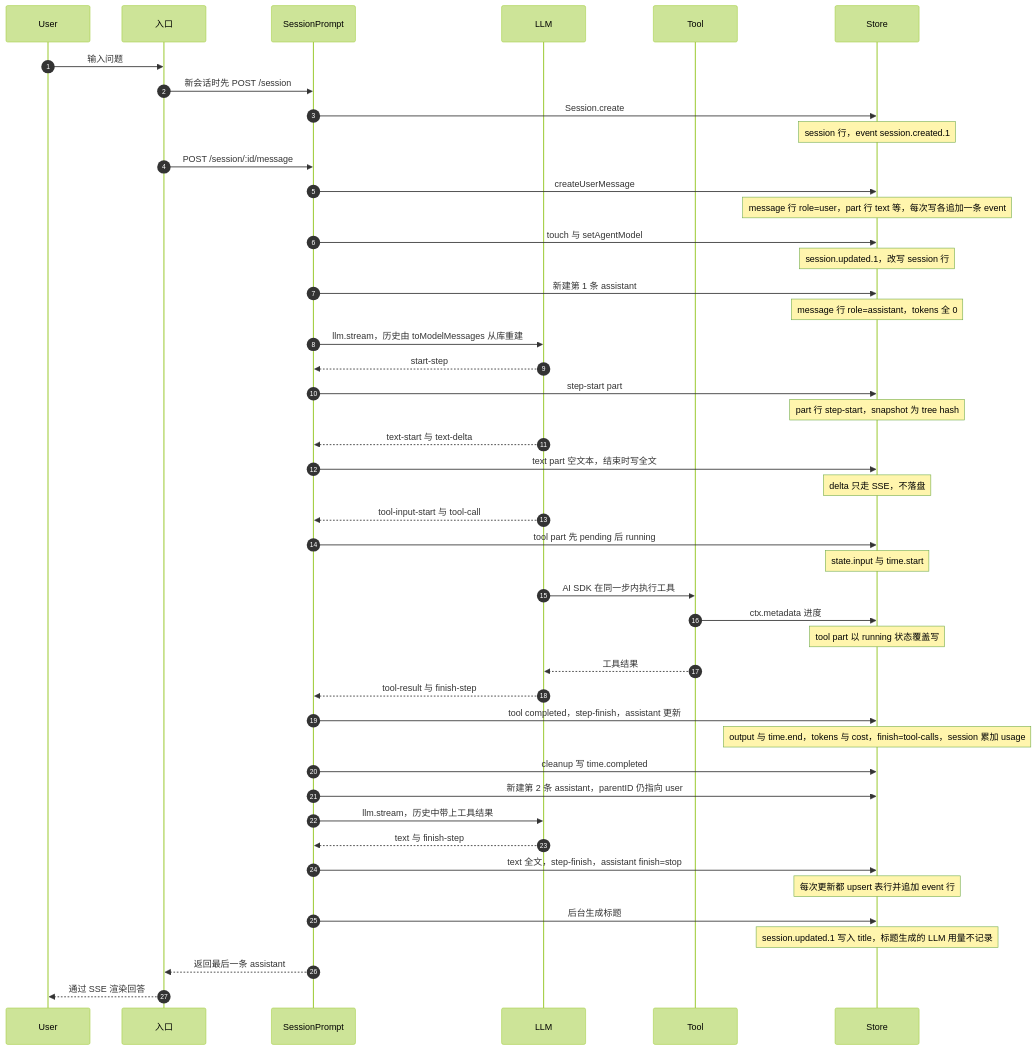
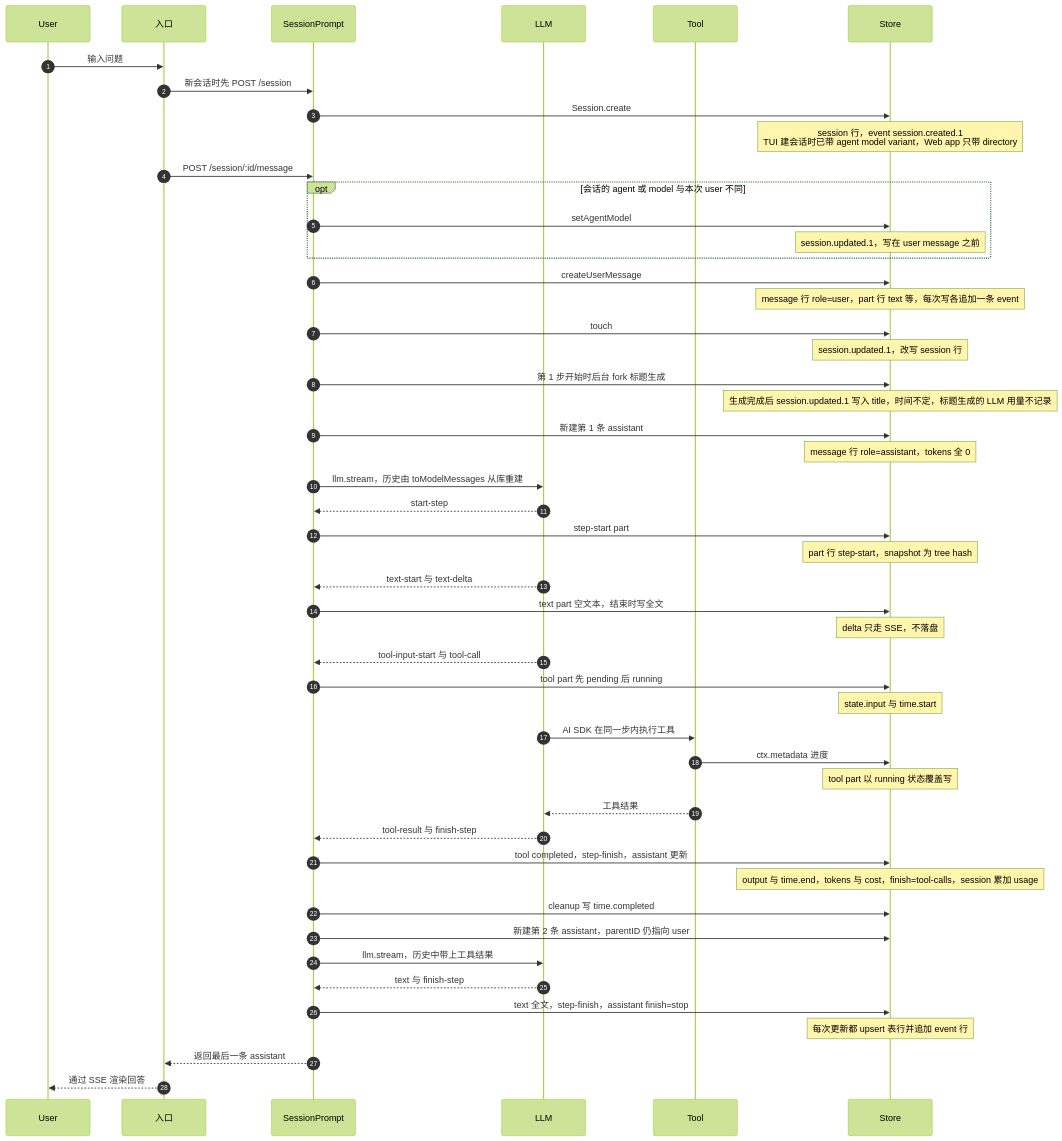
The second of 3 diagrams in docs/research/agent-sessions/opencode.md (Orbit-Labs-AI/Orbit-Zhiyin), drawn with Mermaid (forest theme) before and after one commit. The commit also changed other lines of this file, not shown here.

````diff
--- a/docs/research/agent-sessions/opencode.md
+++ b/docs/research/agent-sessions/opencode.md
@@ -122,48 +122,52 @@
 ```mermaid
 sequenceDiagram
   autonumber
   participant U as User
   participant EN as 入口
   participant SP as SessionPrompt
   participant LM as LLM
   participant TL as Tool
   participant ST as Store
   U->>EN: 输入问题
   EN->>SP: 新会话时先 POST /session
   SP->>ST: Session.create
-  Note over ST: session 行，event session.created.1
+  Note over ST: session 行，event session.created.1<br/>TUI 建会话时已带 agent model variant，Web app 只带 directory
   EN->>SP: POST /session/:id/message
+  opt 会话的 agent 或 model 与本次 user 不同
+    SP->>ST: setAgentModel
+    Note over ST: session.updated.1，写在 user message 之前
+  end
   SP->>ST: createUserMessage
   Note over ST: message 行 role=user，part 行 text 等，每次写各追加一条 event
-  SP->>ST: touch 与 setAgentModel
+  SP->>ST: touch
   Note over ST: session.updated.1，改写 session 行
+  SP->>ST: 第 1 步开始时后台 fork 标题生成
+  Note over ST: 生成完成后 session.updated.1 写入 title，时间不定，标题生成的 LLM 用量不记录
   SP->>ST: 新建第 1 条 assistant
   Note over ST: message 行 role=assistant，tokens 全 0
   SP->>LM: llm.stream，历史由 toModelMessages 从库重建
   LM-->>SP: start-step
   SP->>ST: step-start part
   Note over ST: part 行 step-start，snapshot 为 tree hash
   LM-->>SP: text-start 与 text-delta
   SP->>ST: text part 空文本，结束时写全文
   Note over ST: delta 只走 SSE，不落盘
   LM-->>SP: tool-input-start 与 tool-call
   SP->>ST: tool part 先 pending 后 running
   Note over ST: state.input 与 time.start
   LM->>TL: AI SDK 在同一步内执行工具
   TL->>ST: ctx.metadata 进度
   Note over ST: tool part 以 running 状态覆盖写
   TL-->>LM: 工具结果
   LM-->>SP: tool-result 与 finish-step
   SP->>ST: tool completed，step-finish，assistant 更新
   Note over ST: output 与 time.end，tokens 与 cost，finish=tool-calls，session 累加 usage
   SP->>ST: cleanup 写 time.completed
   SP->>ST: 新建第 2 条 assistant，parentID 仍指向 user
   SP->>LM: llm.stream，历史中带上工具结果
   LM-->>SP: text 与 finish-step
   SP->>ST: text 全文，step-finish，assistant finish=stop
   Note over ST: 每次更新都 upsert 表行并追加 event 行
-  SP->>ST: 后台生成标题
-  Note over ST: session.updated.1 写入 title，标题生成的 LLM 用量不记录
   SP-->>EN: 返回最后一条 assistant
   EN-->>U: 通过 SSE 渲染回答
 ```
````
